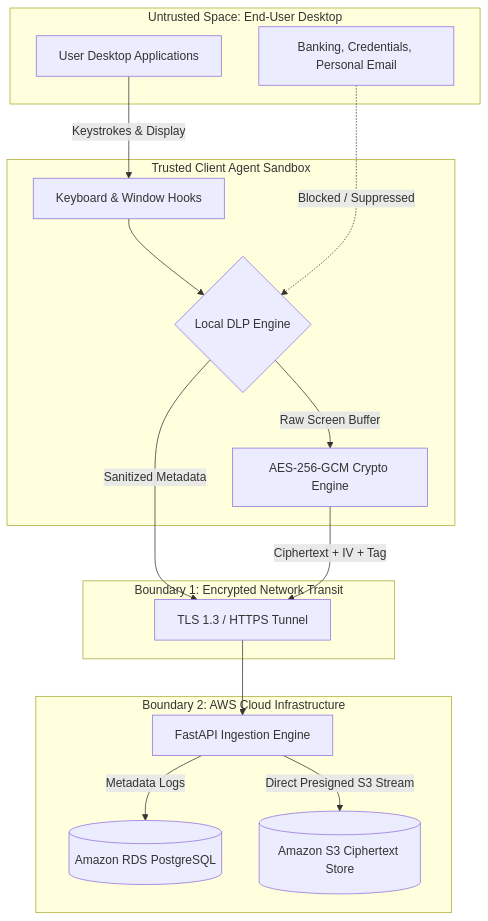
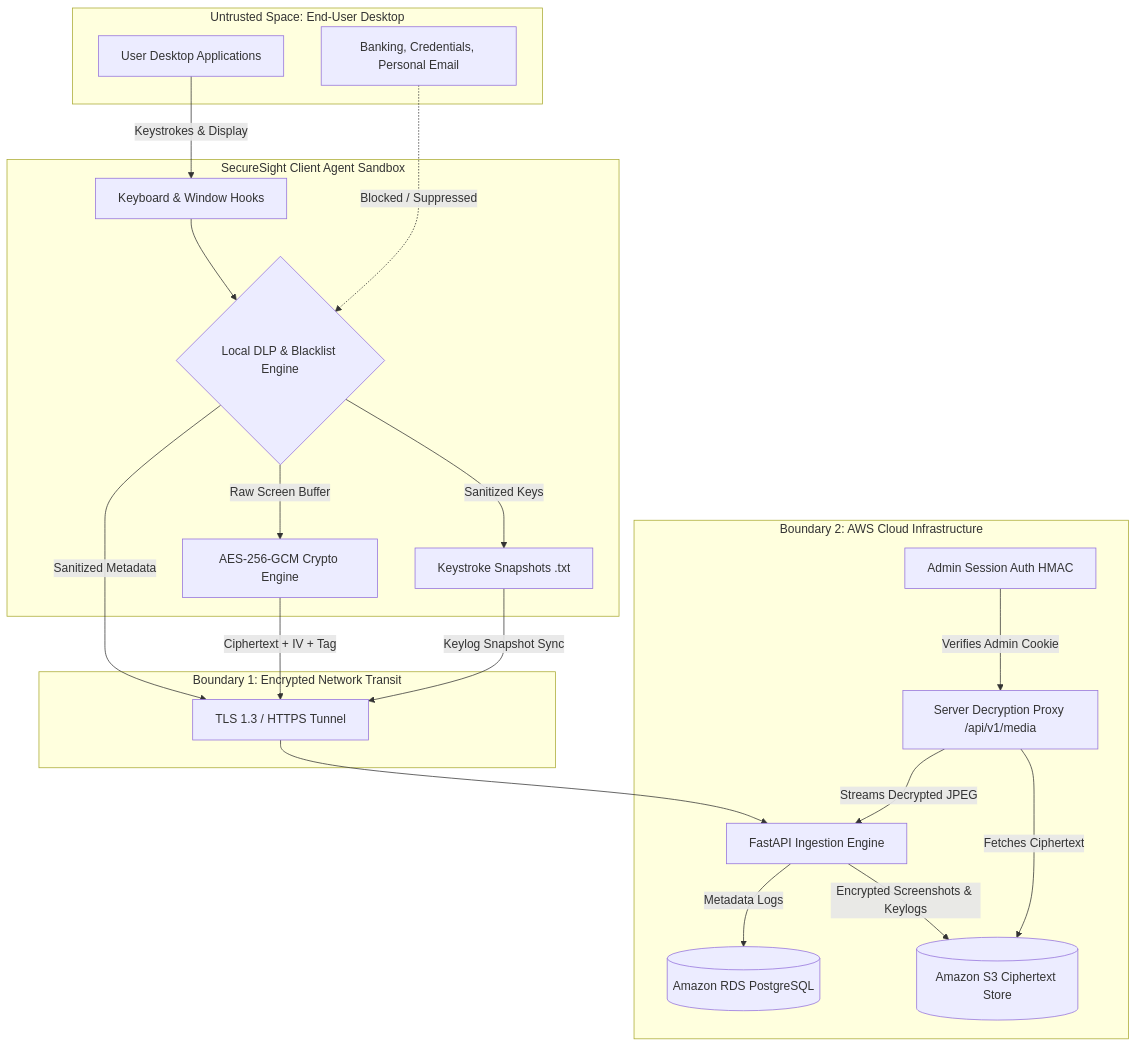
One commit to kevogo78/SecureSight changed the diagram in docs/threat-model.md. Above: the diagram before and after it, drawn with Mermaid. The commit also changed other lines of this file and 11 other files, not shown here.

Commit message:
Documentation edits for new name SecureSight

````diff
--- a/docs/threat-model.md
+++ b/docs/threat-model.md
@@ -32,33 +33,41 @@
 ```mermaid
 flowchart TD
     subgraph Untrusted Space: End-User Desktop
         USER[User Desktop Applications]
         SENSITIVE[Banking, Credentials, Personal Email]
     end
 
-    subgraph Trusted Client Agent Sandbox
+    subgraph SecureSight Client Agent Sandbox
         HOOK[Keyboard & Window Hooks]
-        DLP{Local DLP Engine}
+        DLP{Local DLP & Blacklist Engine}
         AES[AES-256-GCM Crypto Engine]
+        LOCAL_LOGS[Keystroke Snapshots .txt]
     end
 
     subgraph Boundary 1: Encrypted Network Transit
         TLS[TLS 1.3 / HTTPS Tunnel]
     end
 
     subgraph Boundary 2: AWS Cloud Infrastructure
         API[FastAPI Ingestion Engine]
+        AUTH[Admin Session Auth HMAC]
+        MEDIA[Server Decryption Proxy /api/v1/media]
         DB[(Amazon RDS PostgreSQL)]
         S3[(Amazon S3 Ciphertext Store)]
     end
 
     USER -->|Keystrokes & Display| HOOK
     HOOK --> DLP
     SENSITIVE -.->|Blocked / Suppressed| DLP
     DLP -->|Sanitized Metadata| TLS
+    DLP -->|Sanitized Keys| LOCAL_LOGS
     DLP -->|Raw Screen Buffer| AES
     AES -->|Ciphertext + IV + Tag| TLS
+    LOCAL_LOGS -->|Keylog Snapshot Sync| TLS
     TLS --> API
     API -->|Metadata Logs| DB
-    API -->|Direct Presigned S3 Stream| S3
+    API -->|Encrypted Screenshots & Keylogs| S3
+    AUTH -->|Verifies Admin Cookie| MEDIA
+    MEDIA -->|Fetches Ciphertext| S3
+    MEDIA -->|Streams Decrypted JPEG| API
 ```
````
